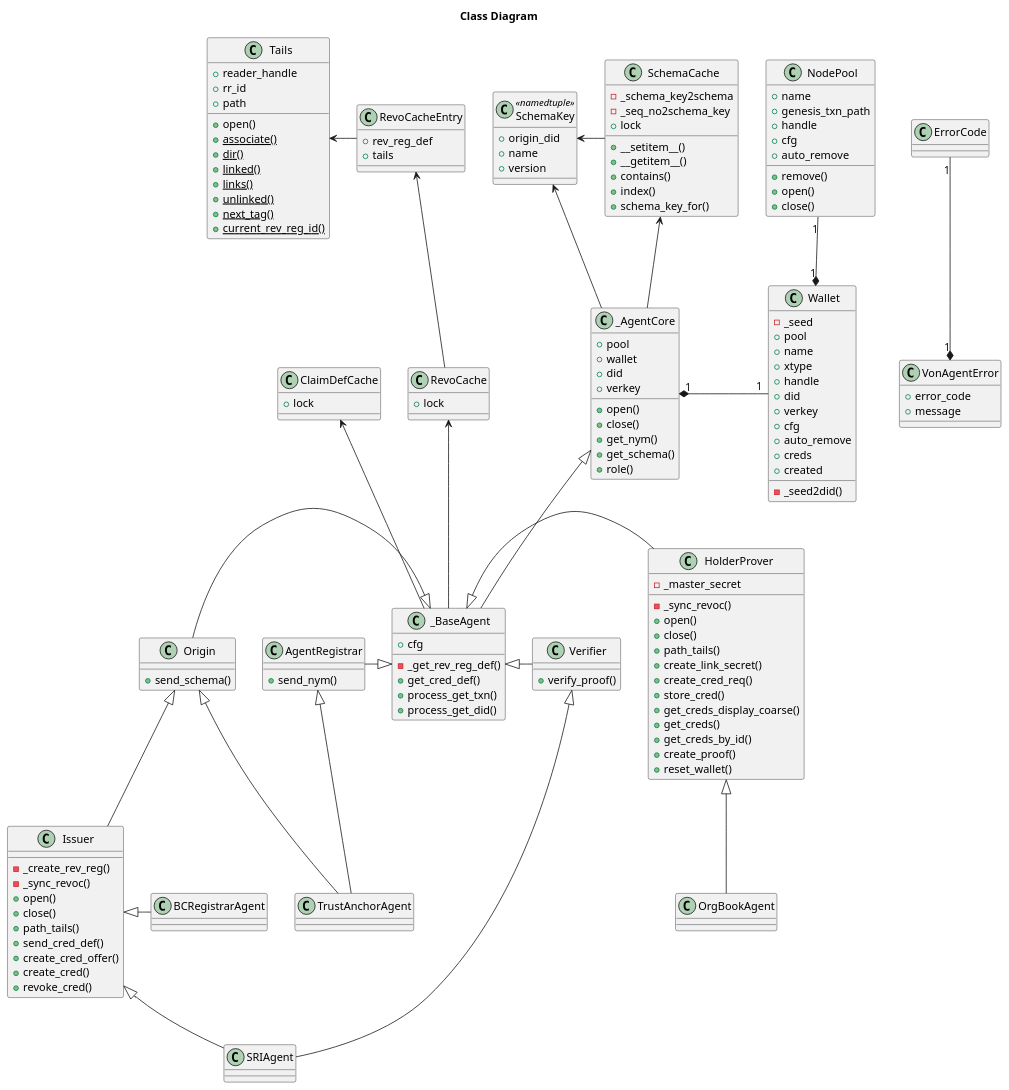
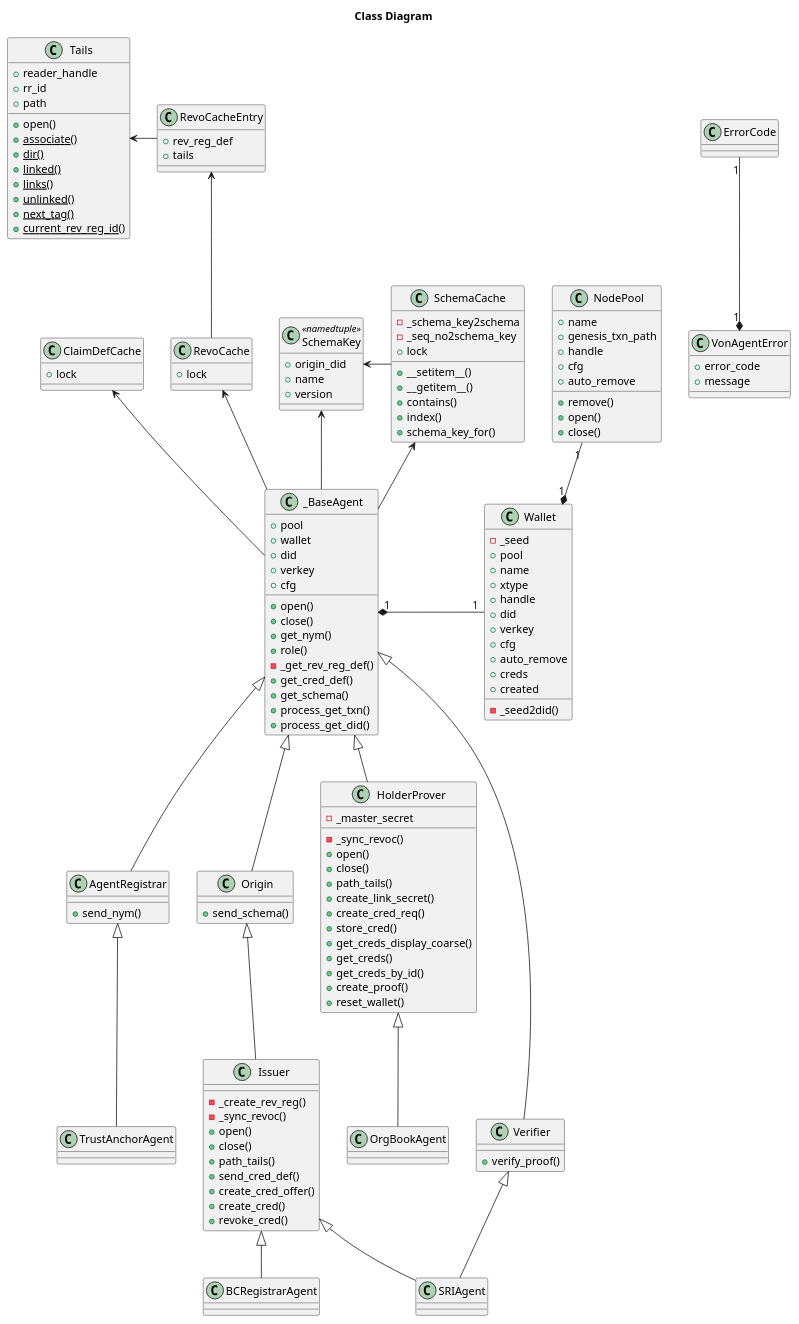
The diagram in doc/pic/src/class.puml (PSPC-SPAC-buyandsell/von_base), drawn with PlantUML before and after one commit. The commit also changed 7 other files, not shown here.

```diff
--- a/doc/pic/src/class.puml
+++ b/doc/pic/src/class.puml
@@ -95,22 +95,19 @@
     +close()
 }
 
-class _AgentCore {
+class _BaseAgent {
     +pool
     +wallet
     +did
     +verkey
     +open()
     +close()
+    +cfg
     +get_nym()
-    +get_schema()
     +role()
-}
-
-class _BaseAgent {
-    +cfg
     -_get_rev_reg_def()
     +get_cred_def()
+    +get_schema()
     +process_get_txn()
     +process_get_did()
 }
@@ -169,10 +166,10 @@
 
 VonAgentError "1" *-up- "1" ErrorCode
 SchemaCache -left-> SchemaKey
-_AgentCore -left-> SchemaKey
+_BaseAgent -left-> SchemaKey
 
-_AgentCore -up-> SchemaCache
-_AgentCore "1" *-right- "1" Wallet
+_BaseAgent -up-> SchemaCache
+_BaseAgent "1" *-right- "1" Wallet
 Wallet "1" *-up- "1" NodePool
 
 RevoCacheEntry -left-> Tails
@@ -182,20 +179,18 @@
 _BaseAgent -up-> RevoCache
 
 _BaseAgent -up-> ClaimDefCache
-_AgentCore <|-down- _BaseAgent
-_BaseAgent <|-left- AgentRegistrar
-_BaseAgent <|-left- Origin
-_BaseAgent <|-right- HolderProver
-_BaseAgent <|-right- Verifier
+_BaseAgent <|-down- AgentRegistrar
+_BaseAgent <|-down- Origin
+_BaseAgent <|-down- HolderProver
+_BaseAgent <|-down- Verifier
 
 AgentRegistrar <|-down- TrustAnchorAgent
-Origin <|-down- TrustAnchorAgent
 Origin <|-down- Issuer
 
 Issuer <|-down- SRIAgent
 Verifier <|-down- SRIAgent
 
-Issuer <|- BCRegistrarAgent
+Issuer <|-down- BCRegistrarAgent
 
 HolderProver <|-down- OrgBookAgent
 
```
